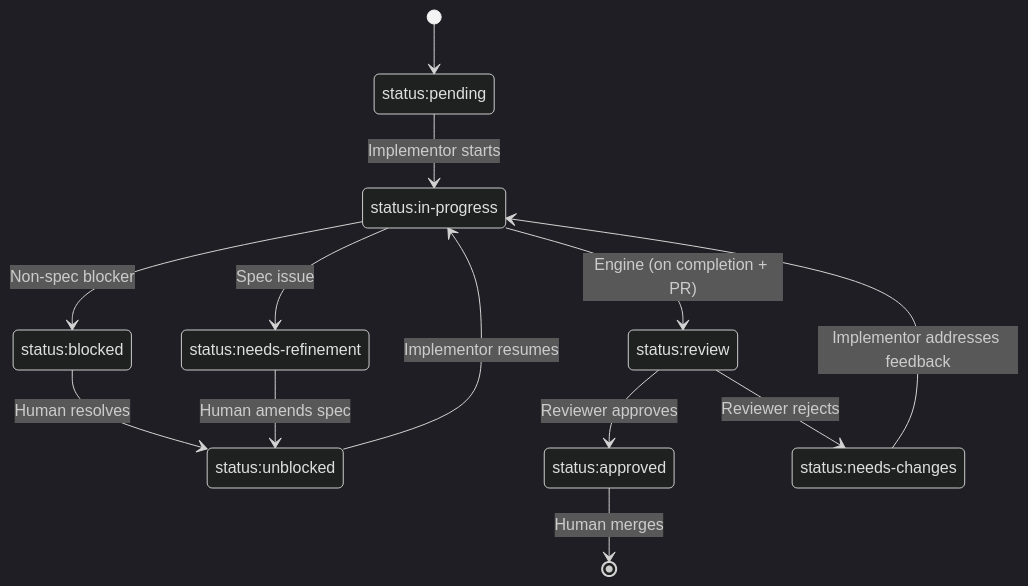
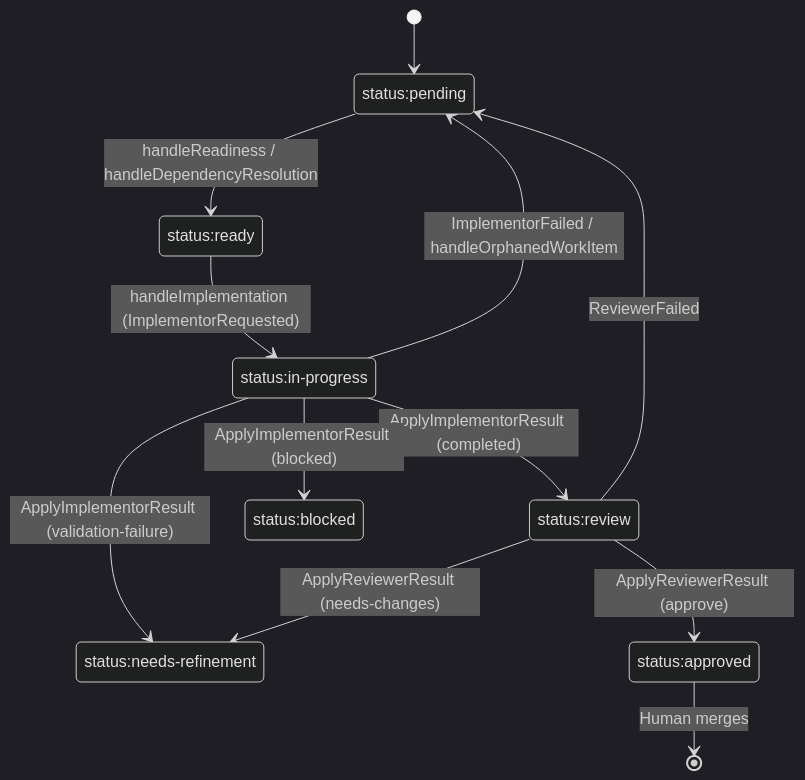
The third of 3 diagrams in docs/specs/decree/workflow.md (zgeoff/decree), drawn with Mermaid (dark theme) before and after one commit. The commit also changed other lines of this file, not shown here.

First line of the commit message:
docs(spec): rework workflow spec for v2 architecture (migration step 11a)

````diff
--- a/docs/specs/decree/workflow.md
+++ b/docs/specs/decree/workflow.md
@@ -204,24 +227,22 @@
 ```mermaid
 stateDiagram-v2
     state "status:pending" as pending
+    state "status:ready" as ready
     state "status:in-progress" as in_progress
     state "status:review" as review
     state "status:blocked" as blocked
     state "status:needs-refinement" as needs_refinement
-    state "status:unblocked" as unblocked
     state "status:approved" as approved
-    state "status:needs-changes" as needs_changes
 
     [*] --> pending
-    pending --> in_progress : Implementor starts
-    in_progress --> review : Engine (on completion + PR)
-    in_progress --> blocked : Non-spec blocker
-    in_progress --> needs_refinement : Spec issue
-    blocked --> unblocked : Human resolves
-    needs_refinement --> unblocked : Human amends spec
-    unblocked --> in_progress : Implementor resumes
-    review --> approved : Reviewer approves
-    review --> needs_changes : Reviewer rejects
-    needs_changes --> in_progress : Implementor addresses feedback
+    pending --> ready : handleReadiness / handleDependencyResolution
+    ready --> in_progress : handleImplementation (ImplementorRequested)
+    in_progress --> review : ApplyImplementorResult (completed)
+    in_progress --> blocked : ApplyImplementorResult (blocked)
+    in_progress --> needs_refinement : ApplyImplementorResult (validation-failure)
+    in_progress --> pending : ImplementorFailed / handleOrphanedWorkItem
+    review --> approved : ApplyReviewerResult (approve)
+    review --> needs_refinement : ApplyReviewerResult (needs-changes)
+    review --> pending : ReviewerFailed
     approved --> [*] : Human merges
 ```
````
